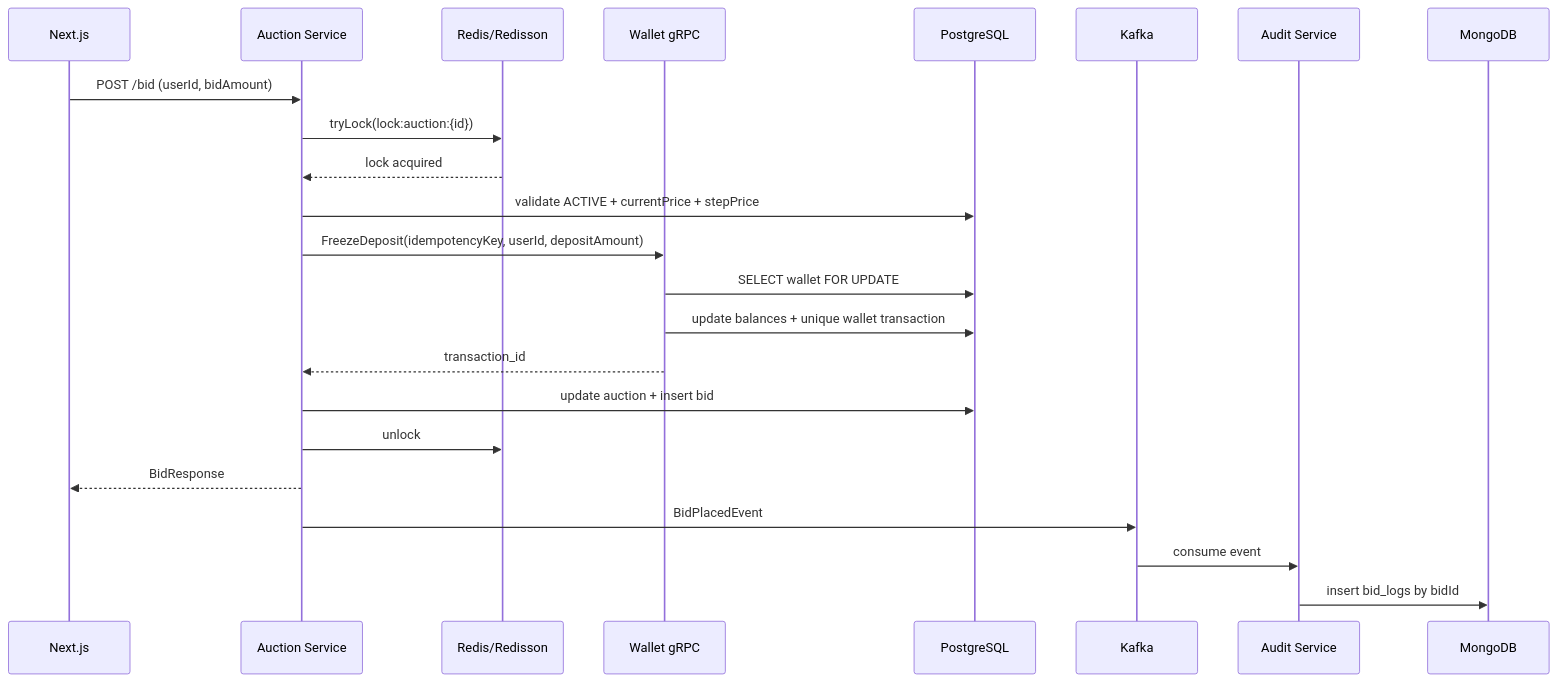
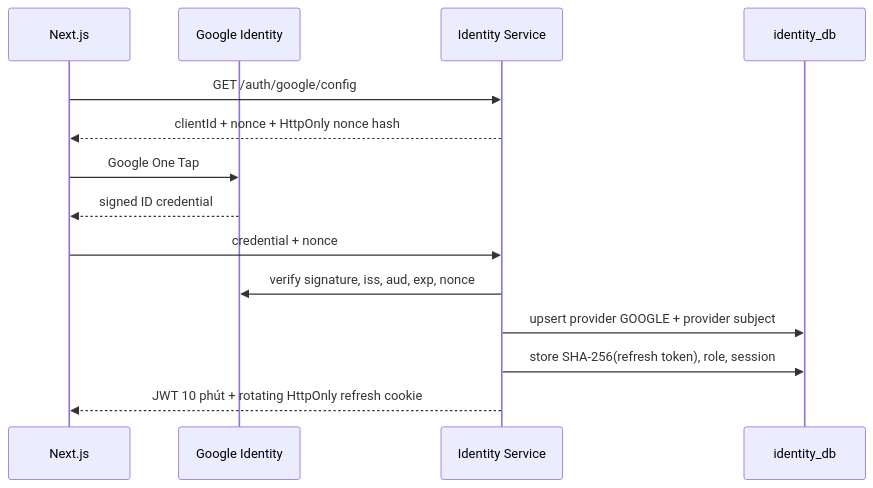
Before and after one commit to okuminhphen/omnibid: the second of 3 diagrams in README.md, drawn with Mermaid. The commit also changed other lines of this file and 4 other files, not shown here.

Commit message:
docs: add architecture overview, sequence diagrams, and environment specifications

````diff
--- a/README.md
+++ b/README.md
@@ -39,26 +49,17 @@
 ```mermaid
 sequenceDiagram
     participant UI as Next.js
-    participant A as Auction Service
-    participant R as Redis/Redisson
-    participant W as Wallet gRPC
-    participant DB as PostgreSQL
-    participant K as Kafka
-    participant AU as Audit Service
-    participant M as MongoDB
+    participant G as Google Identity
+    participant I as Identity Service
+    participant DB as identity_db
 
-    UI->>A: POST /bid (userId, bidAmount)
-    A->>R: tryLock(lock:auction:{id})
-    R-->>A: lock acquired
-    A->>DB: validate ACTIVE + currentPrice + stepPrice
-    A->>W: FreezeDeposit(idempotencyKey, userId, depositAmount)
-    W->>DB: SELECT wallet FOR UPDATE
-    W->>DB: update balances + unique wallet transaction
-    W-->>A: transaction_id
-    A->>DB: update auction + insert bid
-    A->>R: unlock
-    A-->>UI: BidResponse
-    A->>K: BidPlacedEvent
-    K->>AU: consume event
-    AU->>M: insert bid_logs by bidId
+    UI->>I: GET /auth/google/config
+    I-->>UI: clientId + nonce + HttpOnly nonce hash
+    UI->>G: Google One Tap
+    G-->>UI: signed ID credential
+    UI->>I: credential + nonce
+    I->>G: verify signature, iss, aud, exp, nonce
+    I->>DB: upsert provider GOOGLE + provider subject
+    I->>DB: store SHA-256(refresh token), role, session
+    I-->>UI: JWT 10 phút + rotating HttpOnly refresh cookie
 ```
````
